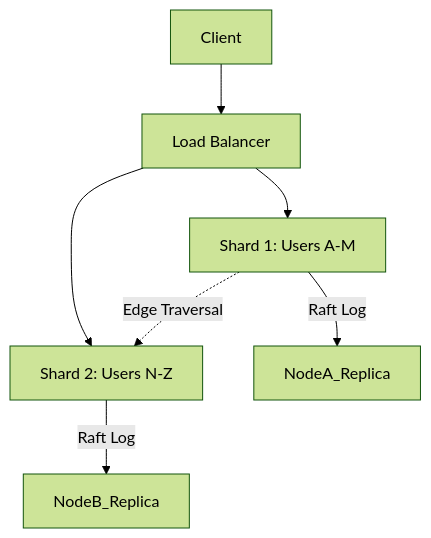
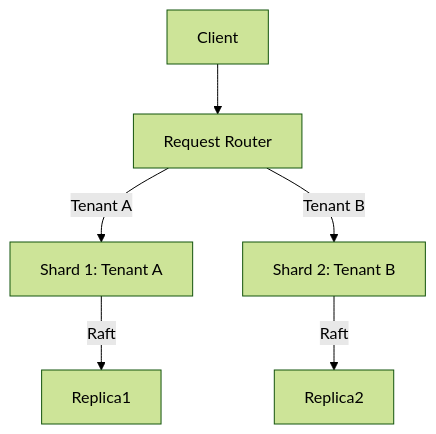
Before and after one commit to samyama-ai/samyama-graph: the diagram in ROADMAP_NEXT.md, drawn with Mermaid (forest theme). The commit also changed other lines of this file and 1 other file, not shown here.

Commit message:
docs: add Phase 10 plan for Tenant Sharding

````diff
--- a/ROADMAP_NEXT.md
+++ b/ROADMAP_NEXT.md
@@ -24,9 +21,8 @@
 ```mermaid
 graph TD
-    Client[Client] --> LB[Load Balancer]
-    LB --> NodeA[Shard 1: Users A-M]
-    LB --> NodeB[Shard 2: Users N-Z]
-    NodeA -- Raft Log --> NodeA_Replica
-    NodeB -- Raft Log --> NodeB_Replica
-    NodeA -. Edge Traversal .-> NodeB
+    Client[Client] --> Router[Request Router]
+    Router -->|Tenant A| Shard1[Shard 1: Tenant A]
+    Router -->|Tenant B| Shard2[Shard 2: Tenant B]
+    Shard1 -- Raft --> Replica1
+    Shard2 -- Raft --> Replica2
 ```
````
